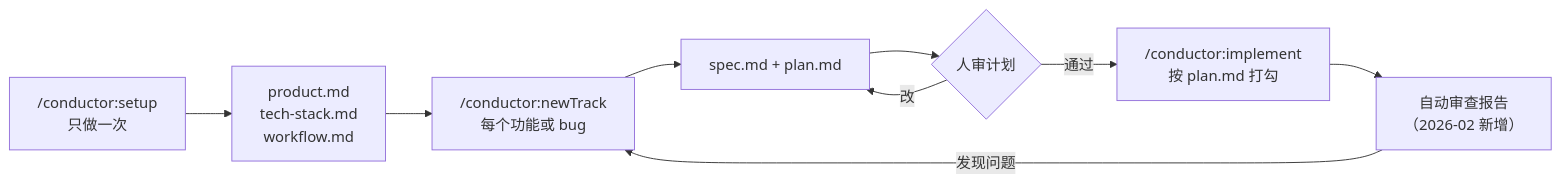
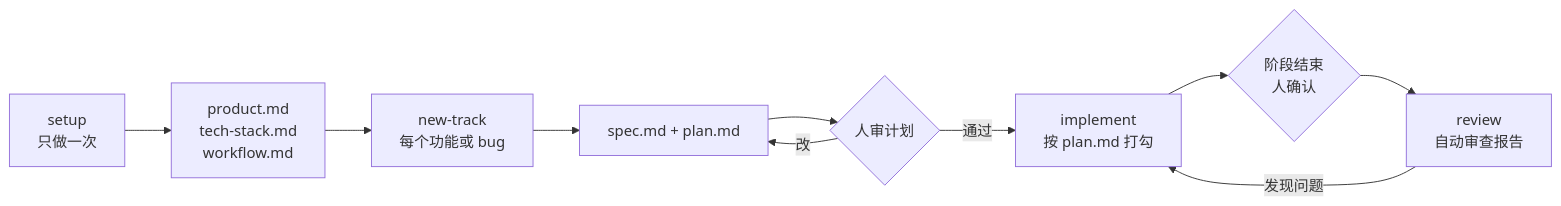
The diagram in docs/29-gemini-cli-conductor.md (yzw7489757/ai-coding-videos), drawn with Mermaid before and after one commit. The commit also changed other lines of this file and 9 other files, not shown here.

````diff
--- a/docs/29-gemini-cli-conductor.md
+++ b/docs/29-gemini-cli-conductor.md
@@ -54,11 +62,12 @@
 ```mermaid
 flowchart LR
-    A["/conductor:setup<br/>只做一次"] --> B["product.md<br/>tech-stack.md<br/>workflow.md"]
-    B --> C["/conductor:newTrack<br/>每个功能或 bug"]
+    A["setup<br/>只做一次"] --> B["product.md<br/>tech-stack.md<br/>workflow.md"]
+    B --> C["new-track<br/>每个功能或 bug"]
     C --> D["spec.md + plan.md"]
     D --> E{"人审计划"}
     E -- 改 --> D
-    E -- 通过 --> F["/conductor:implement<br/>按 plan.md 打勾"]
-    F --> G["自动审查报告<br/>（2026-02 新增）"]
-    G -- 发现问题 --> C
+    E -- 通过 --> F["implement<br/>按 plan.md 打勾"]
+    F --> G{"阶段结束<br/>人确认"}
+    G --> H["review<br/>自动审查报告"]
+    H -- 发现问题 --> F
 ```
````
